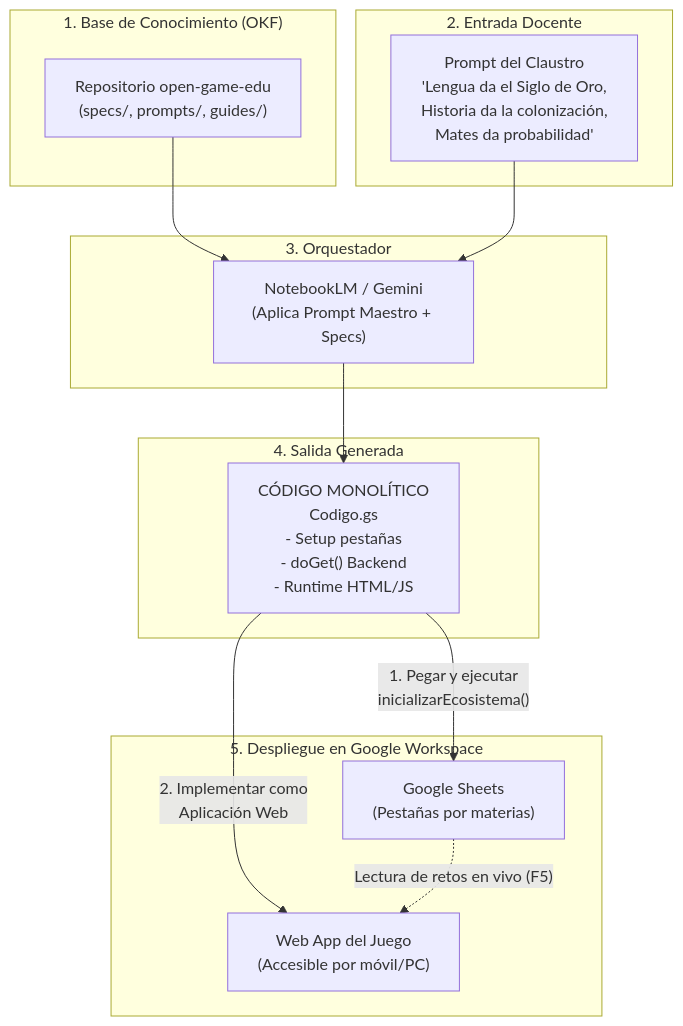
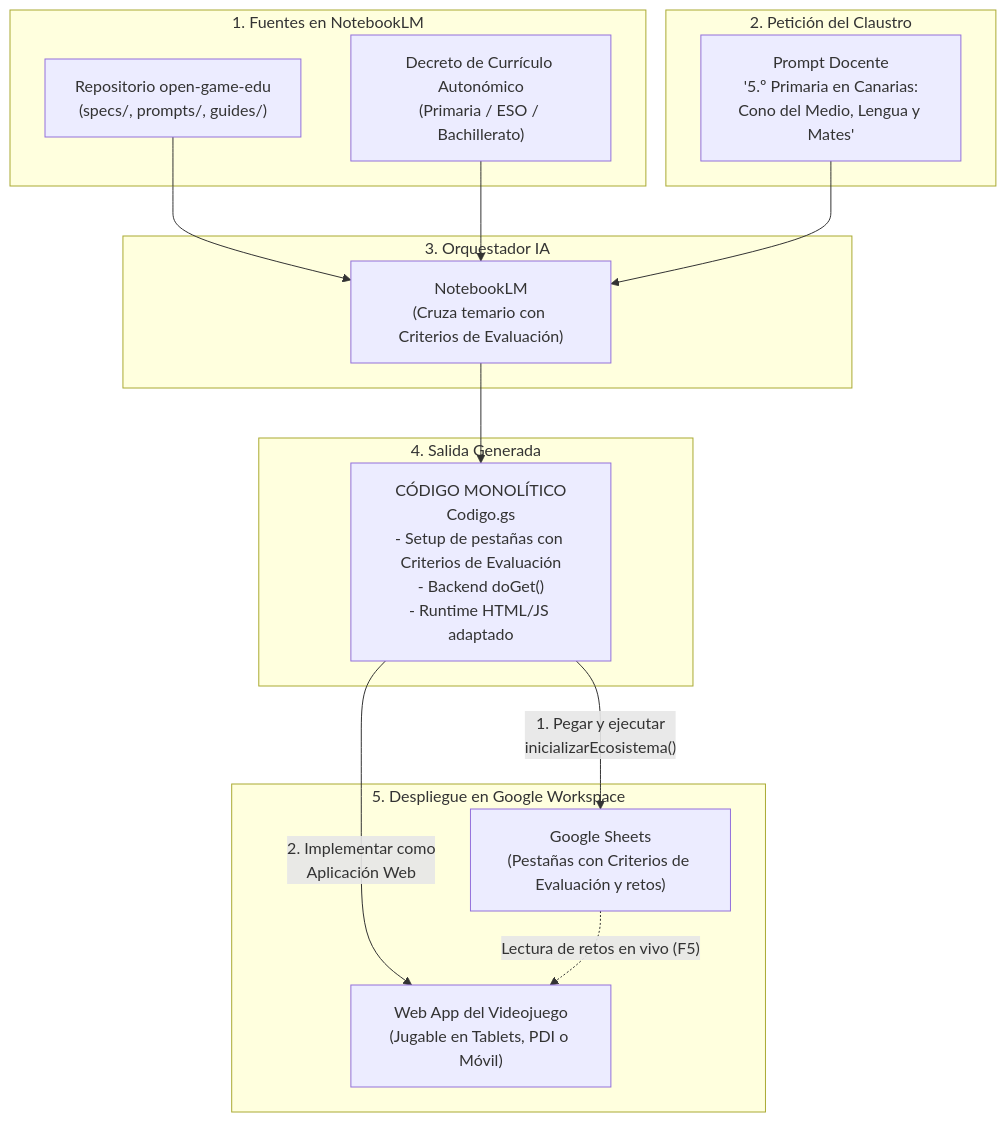
One commit to nmarafo/open-game-edu changed the diagram in README.md. Above: the diagram before and after it, drawn with Mermaid. The commit also changed other lines of this file and 9 other files, not shown here.

Commit message:
feat: incorporar licencia CC BY-SA 4.0, integracion con Decretos Autonomicos (Criterios de Evaluacion) y soporte para Educacion Primaria

````diff
--- a/README.md
+++ b/README.md
@@ -30,30 +34,32 @@
 ```mermaid
 flowchart TD
-    subgraph Fuentes ["1. Base de Conocimiento (OKF)"]
+    subgraph Fuentes ["1. Fuentes en NotebookLM"]
         A["Repositorio open-game-edu\n(specs/, prompts/, guides/)"]
+        B["Decreto de Currículo Autonómico\n(Primaria / ESO / Bachillerato)"]
     end
 
-    subgraph Docente ["2. Entrada Docente"]
-        B["Prompt del Claustro\n'Lengua da el Siglo de Oro,\nHistoria da la colonización,\nMates da probabilidad'"]
+    subgraph Docente ["2. Petición del Claustro"]
+        C["Prompt Docente\n'5.º Primaria en Canarias:\nCono del Medio, Lengua y Mates'"]
     end
 
-    subgraph Cerebro ["3. Orquestador"]
-        C["NotebookLM / Gemini\n(Aplica Prompt Maestro + Specs)"]
+    subgraph Cerebro ["3. Orquestador IA"]
+        D["NotebookLM\n(Cruza temario con Criterios de Evaluación)"]
     end
 
     subgraph Salida ["4. Salida Generada"]
-        D["CÓDIGO MONOLÍTICO\nCodigo.gs\n- Setup pestañas\n- doGet() Backend\n- Runtime HTML/JS"]
+        E["CÓDIGO MONOLÍTICO\nCodigo.gs\n- Setup de pestañas con Criterios de Evaluación\n- Backend doGet()\n- Runtime HTML/JS adaptado"]
     end
 
     subgraph GoogleWorkspace ["5. Despliegue en Google Workspace"]
-        E["Google Sheets\n(Pestañas por materias)"]
-        F["Web App del Juego\n(Accesible por móvil/PC)"]
+        F["Google Sheets\n(Pestañas con Criterios de Evaluación y retos)"]
+        G["Web App del Videojuego\n(Jugable en Tablets, PDI o Móvil)"]
     end
 
-    A --> C
-    B --> C
+    A --> D
+    B --> D
     C --> D
-    D -- "1. Pegar y ejecutar\ninicializarEcosistema()" --> E
-    D -- "2. Implementar como\nAplicación Web" --> F
-    E -. "Lectura de retos en vivo (F5)" .-> F
+    D --> E
+    E -- "1. Pegar y ejecutar\ninicializarEcosistema()" --> F
+    E -- "2. Implementar como\nAplicación Web" --> G
+    F -. "Lectura de retos en vivo (F5)" .-> G
 ```
````
